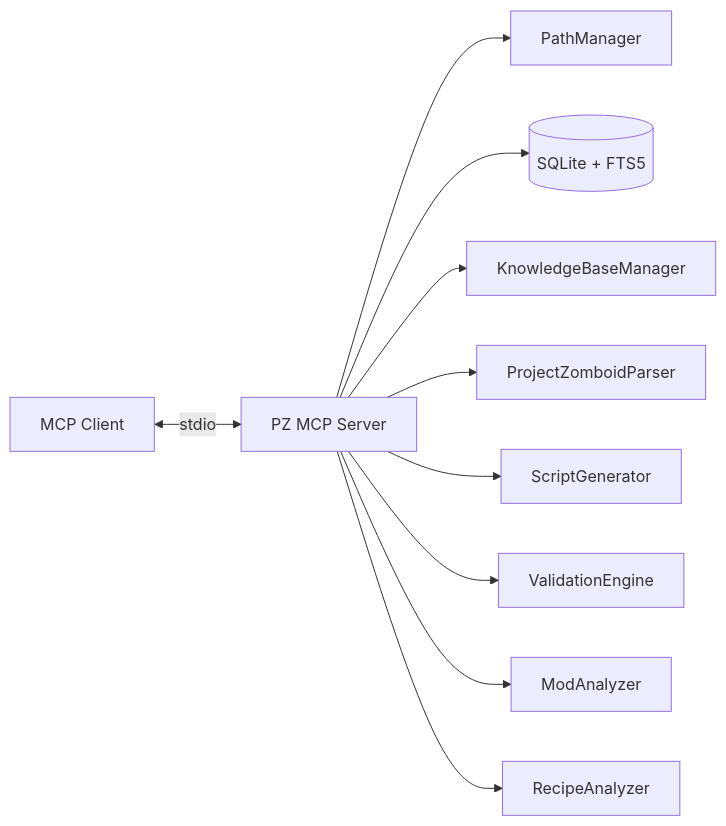
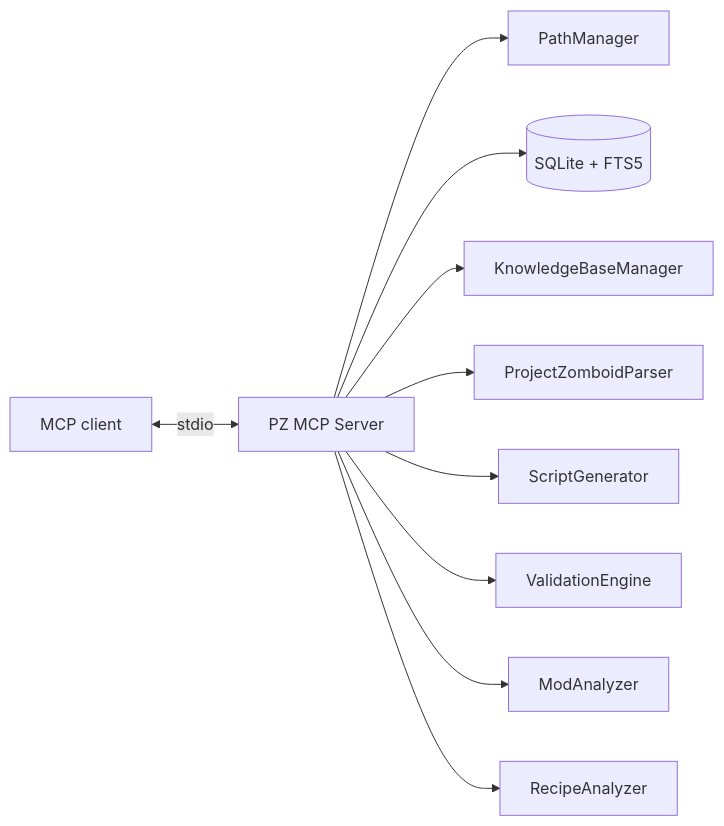
The diagram in README.md (shakoorpour1991-sketch/pz-mcp-server), drawn with Mermaid before and after one commit. The commit also changed other lines of this file, not shown here.

````diff
--- a/README.md
+++ b/README.md
@@ -212,12 +186,14 @@
 ```mermaid
 flowchart LR
-    C[MCP Client] <-->|stdio| S[PZ MCP Server]
+    C[MCP client] <-->|stdio| S[PZ MCP Server]
+
     S --> P[PathManager]
     S --> D[(SQLite + FTS5)]
     S --> K[KnowledgeBaseManager]
     S --> G[ProjectZomboidParser]
+
     S --> SG[ScriptGenerator]
     S --> V[ValidationEngine]
     S --> M[ModAnalyzer]
     S --> R[RecipeAnalyzer]
 ```
````
